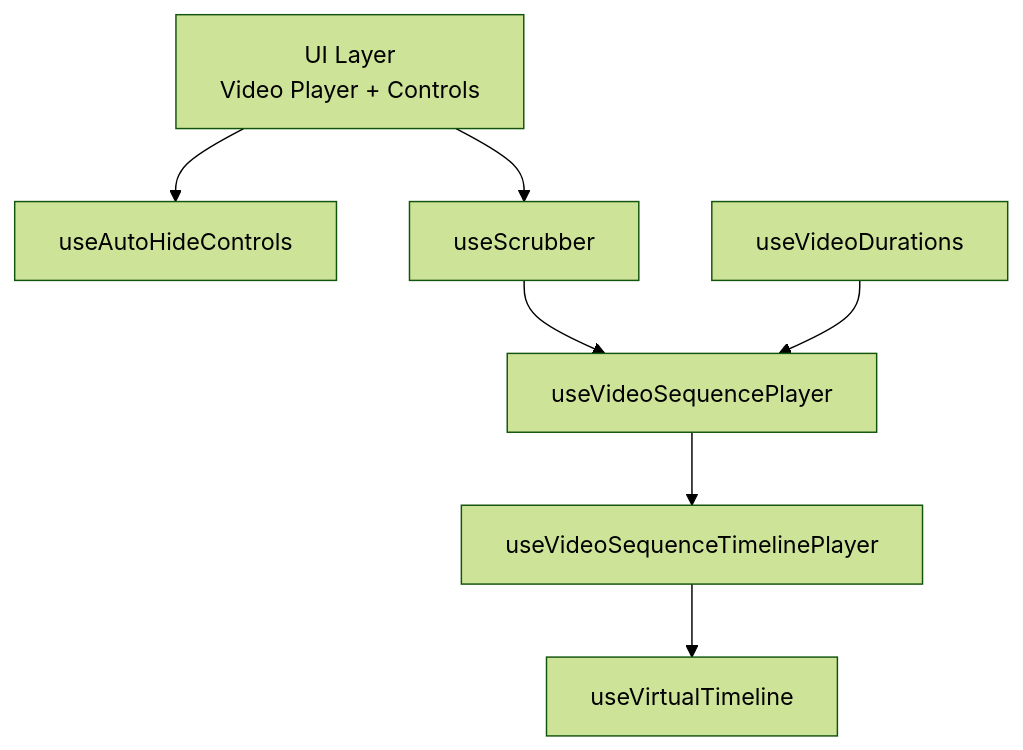
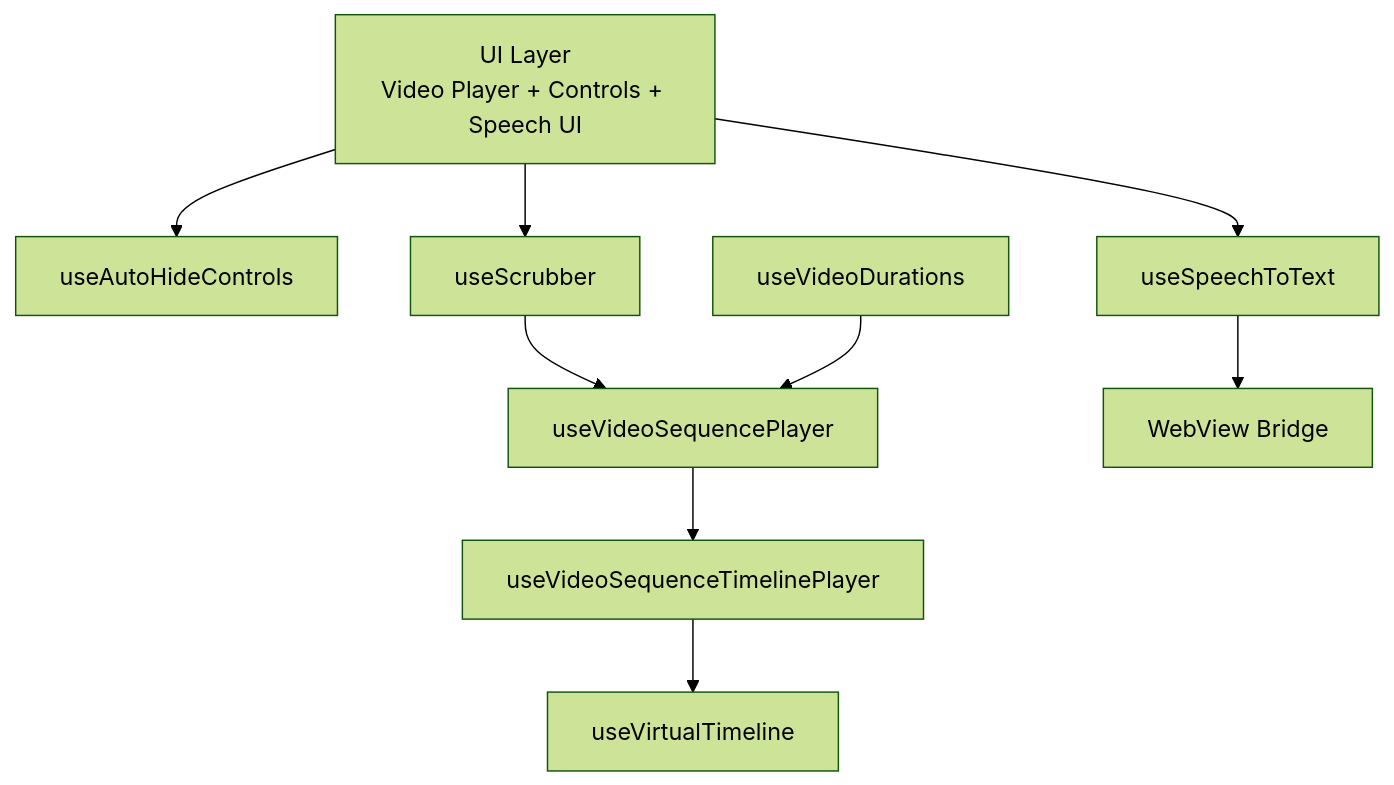
One commit to 156258852/video-rn changed the second of 3 diagrams in .qoder/repowiki/en/content/Custom Hooks Library/Custom Hooks Library.md. Above: the diagram before and after it, drawn with Mermaid (forest theme). The commit also changed other lines of this file and 5 other files, not shown here.

First line of the commit message:
feat: Add WebView Speech Bridge documentation and update export date

````diff
--- a/.qoder/repowiki/en/content/Custom Hooks Library/Custom Hooks Library.md
+++ b/.qoder/repowiki/en/content/Custom Hooks Library/Custom Hooks Library.md
@@ -81,16 +98,20 @@
 ```mermaid
 graph TB
-UI["UI Layer<br/>Video Player + Controls"]
+UI["UI Layer<br/>Video Player + Controls + Speech UI"]
 AutoHide["useAutoHideControls"]
 Scrub["useScrubber"]
 Durations["useVideoDurations"]
 SeqPlayer["useVideoSequencePlayer"]
 TimelinePlayer["useVideoSequenceTimelinePlayer"]
 Virtual["useVirtualTimeline"]
+Speech["useSpeechToText"]
+Bridge["WebView Bridge"]
 UI --> AutoHide
 UI --> Scrub
+UI --> Speech
 Scrub --> SeqPlayer
 Durations --> SeqPlayer
 SeqPlayer --> TimelinePlayer
 TimelinePlayer --> Virtual
+Speech --> Bridge
 ```
````
